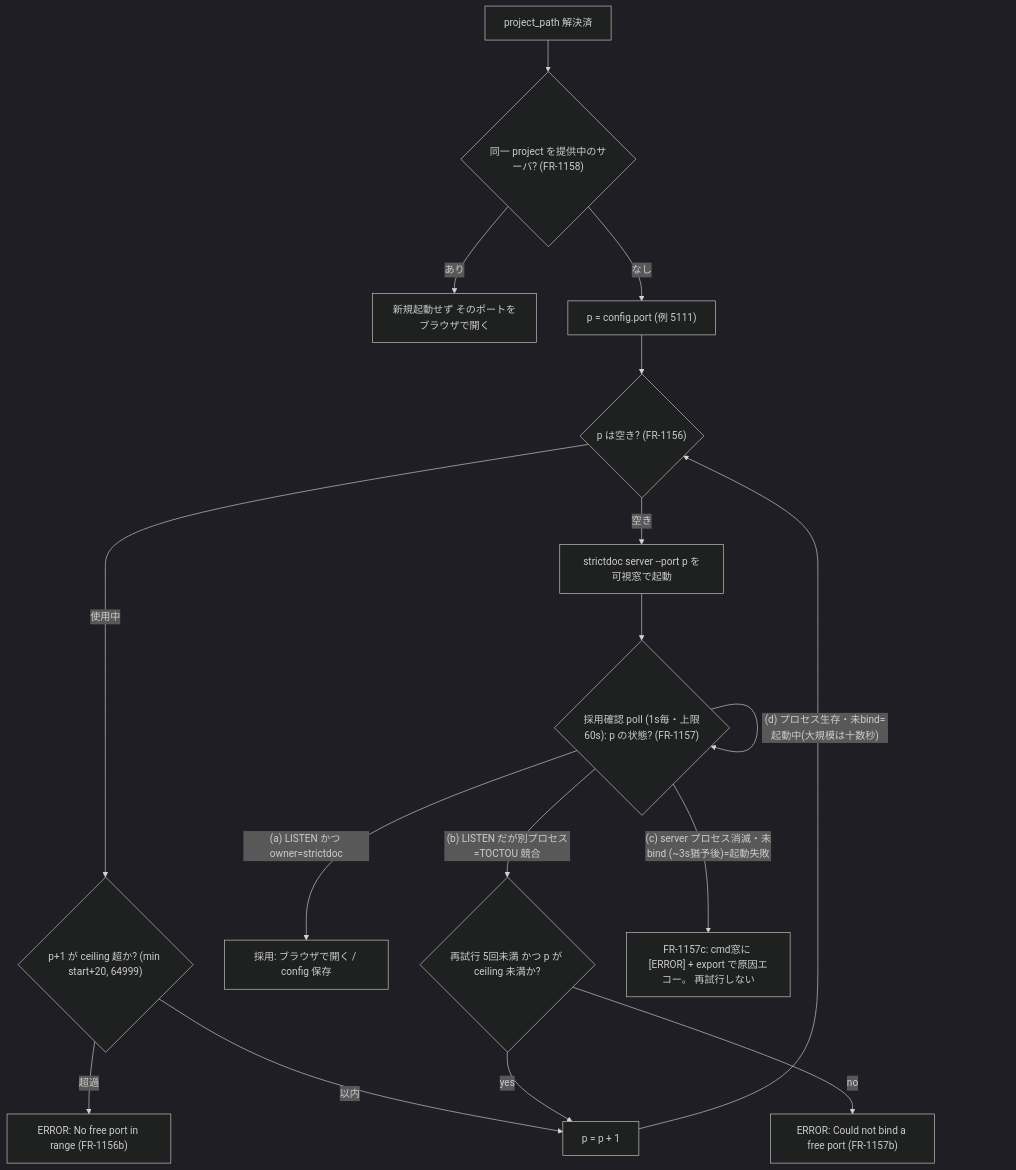
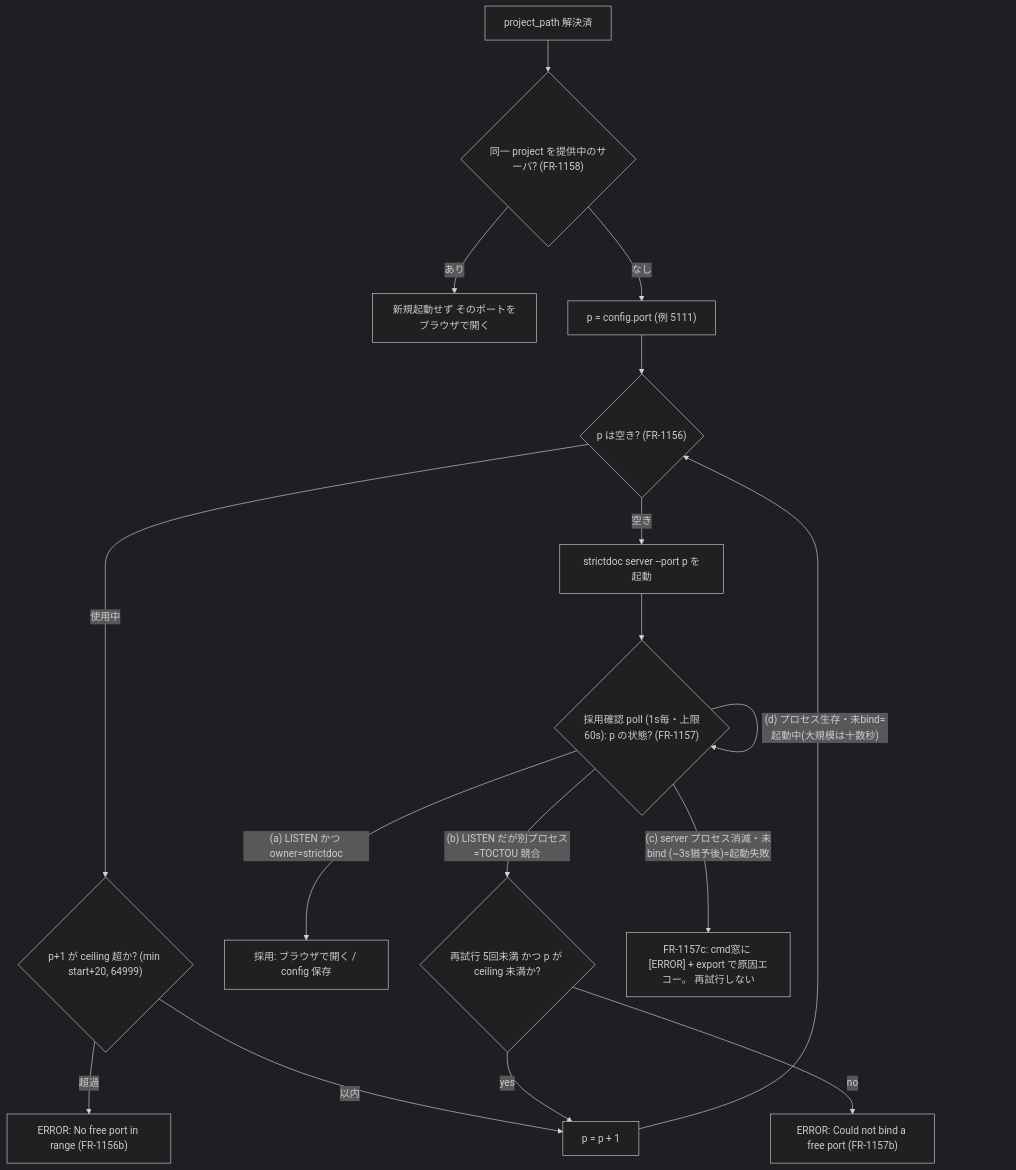
One commit to GoodRelax/StrictDocStarter changed the fifth of 6 diagrams in docs/serve-spec.md. Above: the diagram before and after it, drawn with Mermaid (dark theme). The commit also changed other lines of this file and 5 other files, not shown here.

````diff
--- a/docs/serve-spec.md
+++ b/docs/serve-spec.md
@@ -1241,19 +1251,19 @@
 ```mermaid
 flowchart TD
     S[project_path 解決済] --> DUP{"同一 project を提供中のサーバ? (FR-1158)"}
     DUP -->|あり| RE["新規起動せず そのポートをブラウザで開く"]
     DUP -->|なし| P0["p = config.port (例 5111)"]
     P0 --> SCAN{"p は空き? (FR-1156)"}
     SCAN -->|使用中| CEIL{"p+1 が ceiling 超か? (min start+20, 64999)"}
     CEIL -->|超過| E1["ERROR: No free port in range (FR-1156b)"]
     CEIL -->|以内| INC["p = p + 1"]
     INC --> SCAN
-    SCAN -->|空き| LAUNCH["strictdoc server --port p を可視窓で起動"]
+    SCAN -->|空き| LAUNCH["strictdoc server --port p を起動"]
     LAUNCH --> PROBE{"採用確認 poll (1s毎・上限60s): p の状態? (FR-1157)"}
     PROBE -->|"(a) LISTEN かつ owner=strictdoc"| OK["採用: ブラウザで開く / config 保存"]
     PROBE -->|"(b) LISTEN だが別プロセス=TOCTOU 競合"| RETRY{"再試行 5回未満 かつ p が ceiling 未満か?"}
     PROBE -->|"(c) server プロセス消滅・未bind (~3s猶予後)=起動失敗"| FAIL["FR-1157c: cmd窓に [ERROR] + export で原因エコー。 再試行しない"]
     PROBE -->|"(d) プロセス生存・未bind=起動中(大規模は十数秒)"| PROBE
     RETRY -->|yes| INC
     RETRY -->|no| E2["ERROR: Could not bind a free port (FR-1157b)"]
 ```
````
